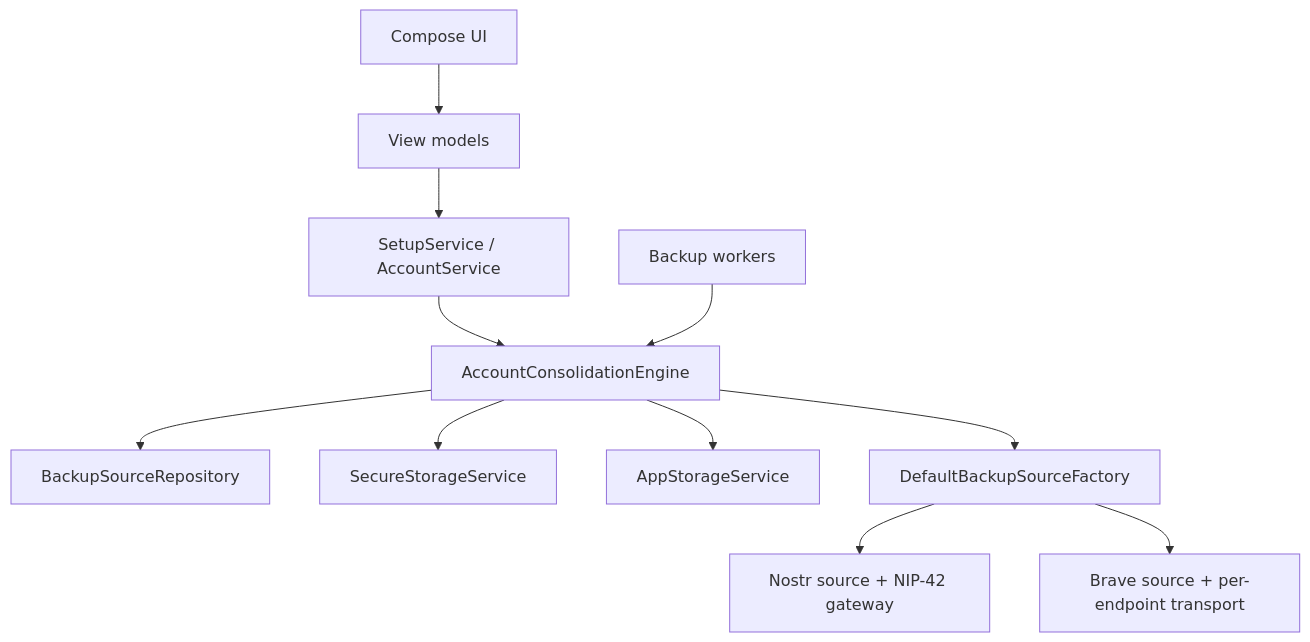
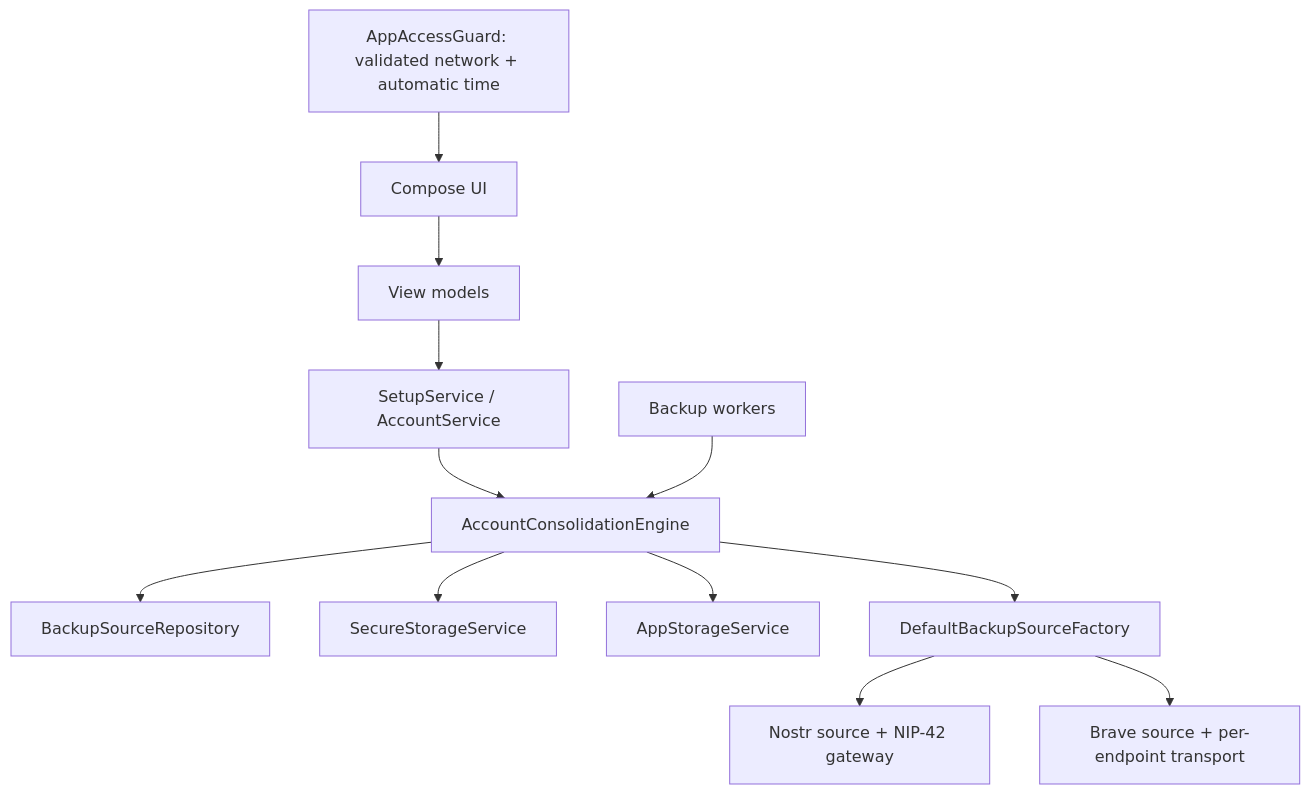
The diagram in docs/technical/architecture.md (ZenTenApp/vault-kotlin), drawn with Mermaid before and after one commit. The commit also changed other lines of this file and 7 other files, not shown here.

Commit message:
feat: block vault when network or automatic time is unavailable

````diff
--- a/docs/technical/architecture.md
+++ b/docs/technical/architecture.md
@@ -23,13 +23,14 @@
 ```mermaid
 flowchart TD
+    Guard[AppAccessGuard: validated network + automatic time] --> UI[Compose UI]
     UI[Compose UI] --> VM[View models]
     VM --> Setup[SetupService / AccountService]
     Setup --> Engine[AccountConsolidationEngine]
     Workers[Backup workers] --> Engine
     Engine --> Repo[BackupSourceRepository]
     Engine --> Secure[SecureStorageService]
     Engine --> State[AppStorageService]
     Engine --> Factory[DefaultBackupSourceFactory]
     Factory --> Relay[Nostr source + NIP-42 gateway]
     Factory --> Brave[Brave source + per-endpoint transport]
 ```
````
